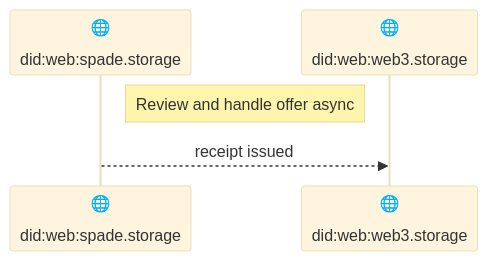
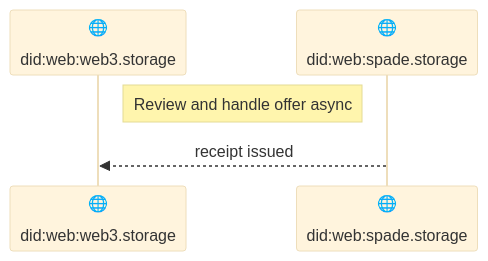
The second of 3 diagrams in w3-aggregation.md (storacha/specs), drawn with Mermaid (base theme) before and after one commit. The commit also changed other lines of this file, not shown here.

Commit message:
chore: address review comments

````diff
--- a/w3-aggregation.md
+++ b/w3-aggregation.md
@@ -94,8 +85,8 @@
 ```mermaid
 sequenceDiagram
+    participant Storefront as 🌐<br/><br/>did:web:web3.storage
     participant Authority as 🌐<br/><br/>did:web:spade.storage
-    participant Storefront as 🌐<br/><br/>did:web:web3.storage
 
-    Note left of Storefront: Review and handle offer async
+    Note right of Storefront: Review and handle offer async
     Authority-->>Storefront: receipt issued
 ```
````
